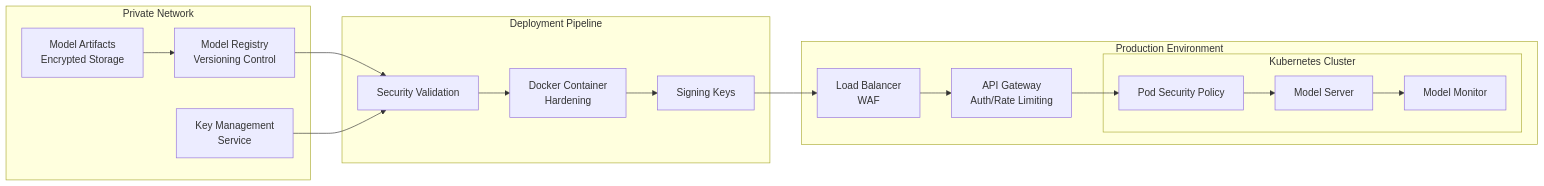
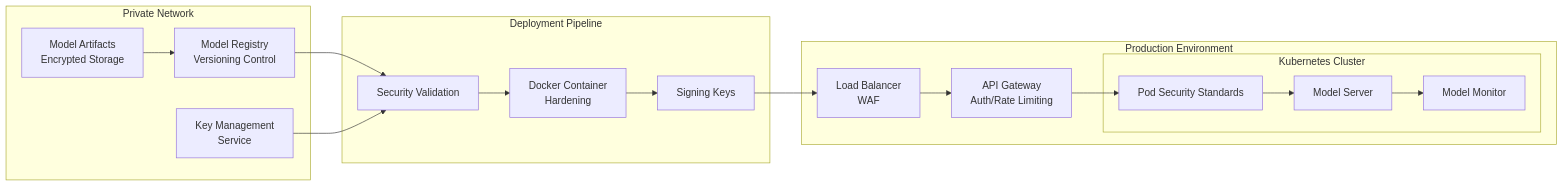
Before and after one commit to dochristy/triton-test: the first of 4 diagrams in ai-security/ai-security.md, drawn with Mermaid.

````diff
--- a/ai-security/ai-security.md
+++ b/ai-security/ai-security.md
@@ -20,41 +20,41 @@
    ```mermaid
    flowchart LR
        subgraph Private Network
            MA[Model Artifacts
               Encrypted Storage]
            MR[Model Registry
               Versioning Control]
            KC[Key Management
                Service]
        end
        
        subgraph Deployment Pipeline
            SV[Security Validation]
            DC[Docker Container
                Hardening]
            SK[Signing Keys]
        end
        
        subgraph Production Environment
            LB[Load Balancer
                  WAF]
            API[API Gateway
                Auth/Rate Limiting]
            subgraph Kubernetes Cluster
-               PS[Pod Security Policy]
+               PS[Pod Security Standards]
                MS[Model Server]
                MT[Model Monitor]
            end
        end
        
        MA --> MR
        MR --> SV
        KC --> SV
        SV --> DC
        DC --> SK
        SK --> LB
        LB --> API
        API --> PS
        PS --> MS
        MS --> MT
    ```
````
